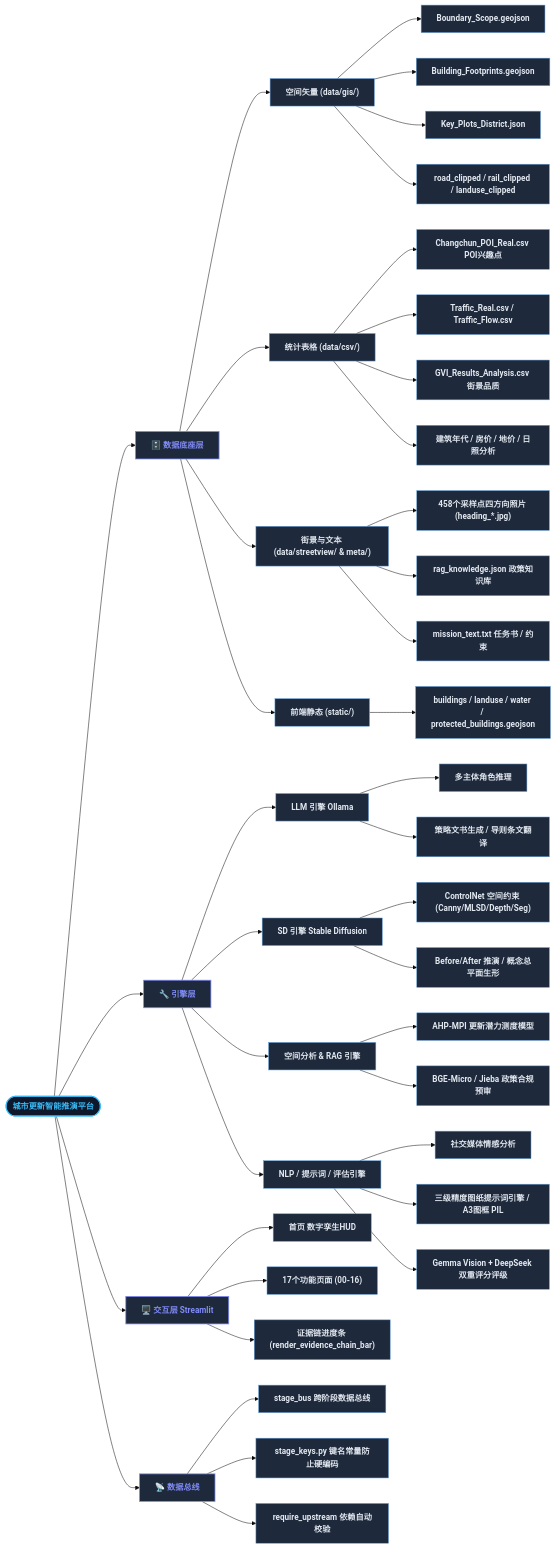
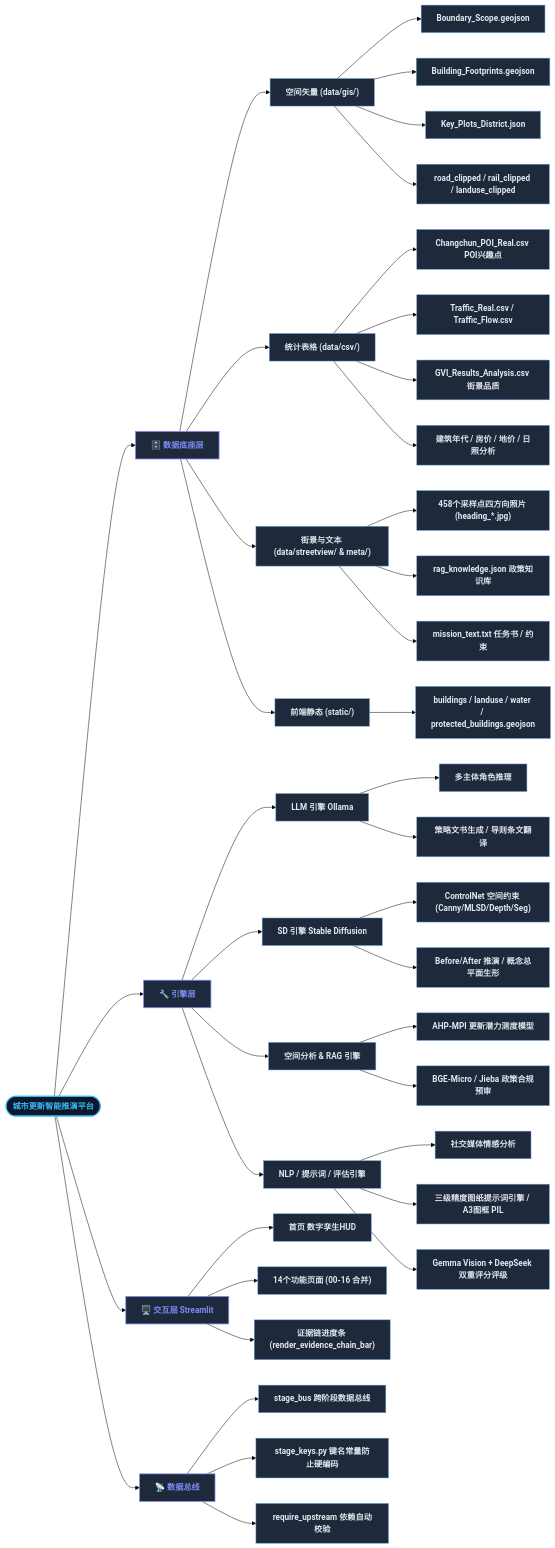
One commit to Chain813/ultimate-design changed the first of 4 diagrams in workflow_diagrams.md. Above: the diagram before and after it, drawn with Mermaid (base theme). The commit also changed 59 other files, not shown here.

````diff
--- a/workflow_diagrams.md
+++ b/workflow_diagrams.md
@@ -7,68 +7,68 @@
 ```mermaid
 flowchart LR
     classDef default fill:#1e293b,stroke:#64a0dc,stroke-width:1px,color:#e2e8f0;
     classDef root fill:#0f172a,stroke:#38bdf8,stroke-width:2px,color:#38bdf8,font-weight:bold;
     classDef group fill:#1e293b,stroke:#818cf8,stroke-width:1.5px,color:#818cf8;
     
     root(["城市更新智能推演平台"]):::root
     
     %% 层级 1
     L1["🗄️ 数据底座层"]:::group
     L2["🔧 引擎层"]:::group
     L3["🖥️ 交互层 Streamlit"]:::group
     L4["📡 数据总线"]:::group
     
     root --> L1
     root --> L2
     root --> L3
     root --> L4
     
     %% 数据底座层子节点
     L1 --> L1_1["空间矢量 (data/gis/)"]
     L1_1 --> L1_1_1["Boundary_Scope.geojson"]
     L1_1 --> L1_1_2["Building_Footprints.geojson"]
     L1_1 --> L1_1_3["Key_Plots_District.json"]
     L1_1 --> L1_1_4["road_clipped / rail_clipped / landuse_clipped"]
     
     L1 --> L1_2["统计表格 (data/csv/)"]
     L1_2 --> L1_2_1["Changchun_POI_Real.csv POI兴趣点"]
     L1_2 --> L1_2_2["Traffic_Real.csv / Traffic_Flow.csv"]
     L1_2 --> L1_2_3["GVI_Results_Analysis.csv 街景品质"]
     L1_2 --> L1_2_4["建筑年代 / 房价 / 地价 / 日照分析"]
     
     L1 --> L1_3["街景与文本 (data/streetview/ & meta/)"]
     L1_3 --> L1_3_1["458个采样点四方向照片 (heading_*.jpg)"]
     L1_3 --> L1_3_2["rag_knowledge.json 政策知识库"]
     L1_3 --> L1_3_3["mission_text.txt 任务书 / 约束"]
     
     L1 --> L1_4["前端静态 (static/)"]
     L1_4 --> L1_4_1["buildings / landuse / water / protected_buildings.geojson"]
     
     %% 引擎层子节点
     L2 --> L2_1["LLM 引擎 Ollama"]
     L2_1 --> L2_1_1["多主体角色推理"]
     L2_1 --> L2_1_2["策略文书生成 / 导则条文翻译"]
     
     L2 --> L2_2["SD 引擎 Stable Diffusion"]
     L2_2 --> L2_2_1["ControlNet 空间约束 (Canny/MLSD/Depth/Seg)"]
     L2_2 --> L2_2_2["Before/After 推演 / 概念总平面生形"]
     
     L2 --> L2_3["空间分析 & RAG 引擎"]
     L2_3 --> L2_3_1["AHP-MPI 更新潜力测度模型"]
     L2_3 --> L2_3_2["BGE-Micro / Jieba 政策合规预审"]
     
     L2 --> L2_4["NLP / 提示词 / 评估引擎"]
     L2_4 --> L2_4_1["社交媒体情感分析"]
     L2_4 --> L2_4_2["三级精度图纸提示词引擎 / A3图框 PIL"]
     L2_4 --> L2_4_3["Gemma Vision + DeepSeek 双重评分评级"]
     
     %% 交互层子节点
     L3 --> L3_1["首页 数字孪生HUD"]
-    L3 --> L3_2["17个功能页面 (00-16)"]
+    L3 --> L3_2["14个功能页面 (00-16 合并)"]
     L3 --> L3_3["证据链进度条 (render_evidence_chain_bar)"]
     
     %% 数据总线子节点
     L4 --> L4_1["stage_bus 跨阶段数据总线"]
     L4 --> L4_2["stage_keys.py 键名常量防止硬编码"]
     L4 --> L4_3["require_upstream 依赖自动校验"]
 ```
````
